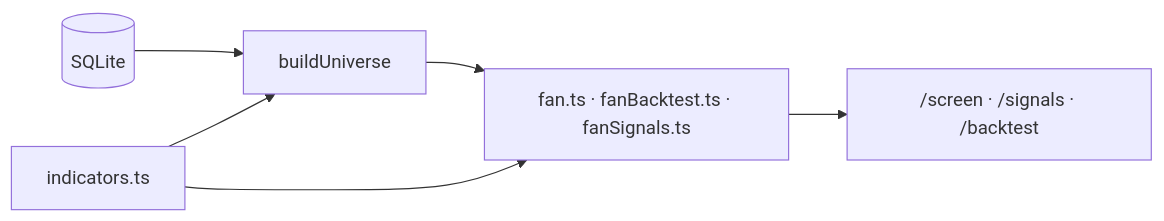
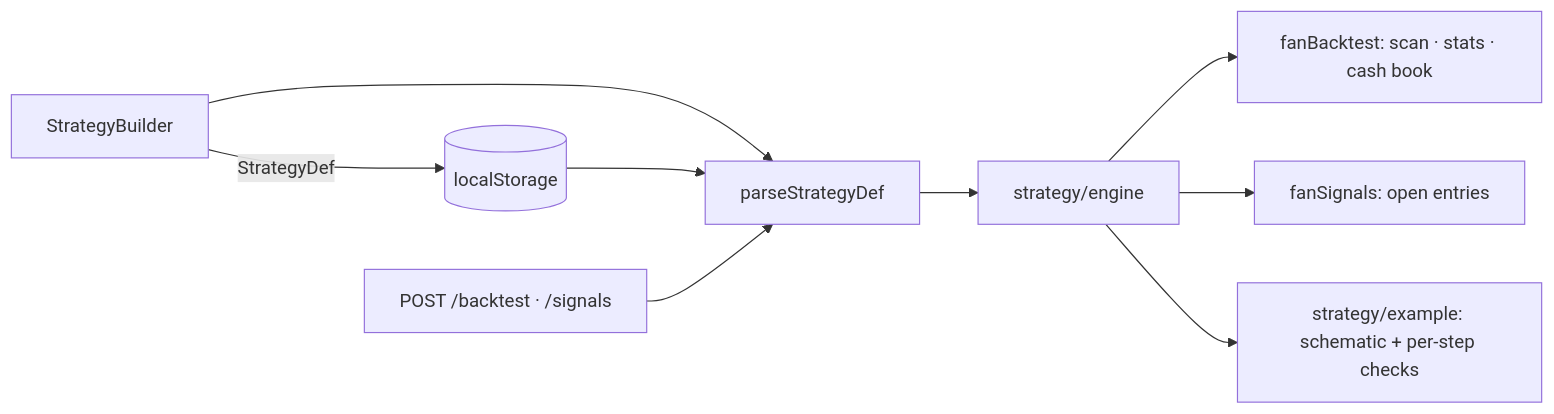
Before and after one commit to muxare/stock-screener: the first of 22 diagrams in docs/development-diary.md, drawn with Mermaid. The commit also changed other lines of this file and 7 other files, not shown here.

````diff
--- a/docs/development-diary.md
+++ b/docs/development-diary.md
@@ -12,8 +31,11 @@
 ```mermaid
 flowchart LR
-  DB[(SQLite)] --> U[buildUniverse]
-  I[indicators.ts] --> U
-  I --> F[fan.ts · fanBacktest.ts · fanSignals.ts]
-  U --> F
-  F --> API["/screen · /signals · /backtest"]
+  B[StrategyBuilder] -->|StrategyDef| S[(localStorage)]
+  B --> P[parseStrategyDef]
+  S --> P
+  H["POST /backtest · /signals"] --> P
+  P --> E[strategy/engine]
+  E --> BT[fanBacktest: scan · stats · cash book]
+  E --> SG[fanSignals: open entries]
+  E --> EX[strategy/example: schematic + per-step checks]
 ```
````
